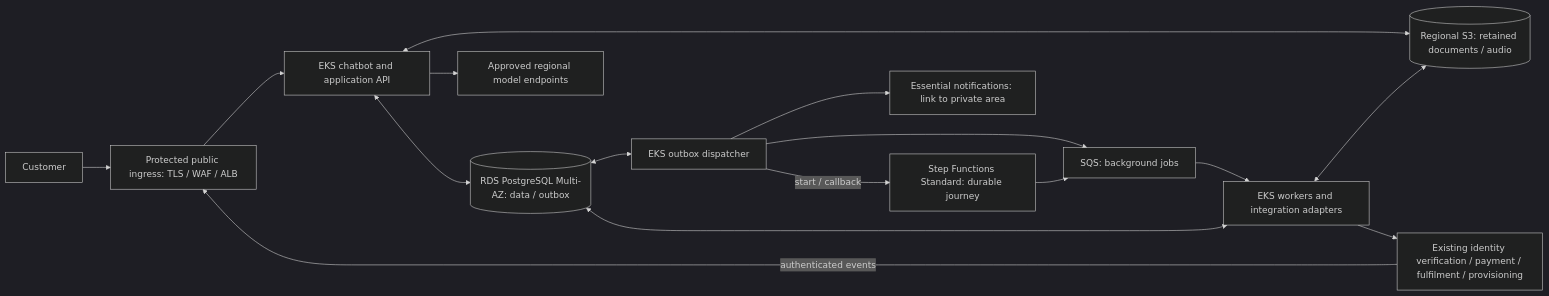
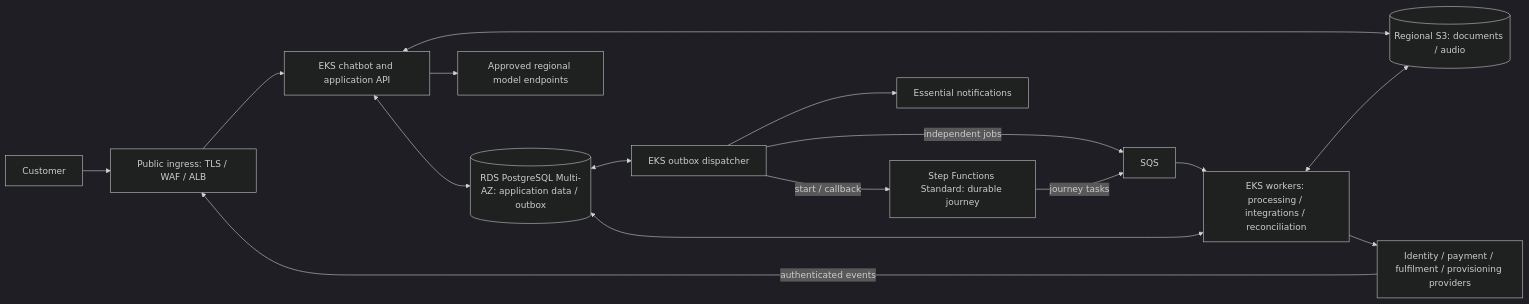
The first of 2 diagrams in solution.md (mattia-vincenzi/Meridian-Telecom), drawn with Mermaid (dark theme) before and after one commit. The commit also changed other lines of this file, not shown here.

````diff
--- a/solution.md
+++ b/solution.md
@@ -38,18 +25,18 @@
 ```mermaid
 flowchart LR
-    C[Customer] --> I[Protected public ingress: TLS / WAF / ALB]
+    C[Customer] --> I[Public ingress: TLS / WAF / ALB]
     I --> A[EKS chatbot and application API]
-    A <--> D[(RDS PostgreSQL Multi-AZ: data / outbox)]
+    A <--> D[(RDS PostgreSQL Multi-AZ: application data / outbox)]
     D <--> R[EKS outbox dispatcher]
     R -->|start / callback| F[Step Functions Standard: durable journey]
-    R --> Q[SQS: background jobs]
-    R --> N[Essential notifications: link to private area]
-    F --> Q
-    Q --> W[EKS workers and integration adapters]
+    R -->|independent jobs| Q[SQS]
+    R --> N[Essential notifications]
+    F -->|journey tasks| Q
+    Q --> W[EKS workers: processing / integrations / reconciliation]
     W <--> D
-    W --> P[Existing identity verification / payment / fulfilment / provisioning]
+    W --> P[Identity / payment / fulfilment / provisioning providers]
     P -->|authenticated events| I
-    A <--> O[(Regional S3: retained documents / audio)]
+    A <--> O[(Regional S3: documents / audio)]
     W <--> O
     A --> M[Approved regional model endpoints]
 ```
````
